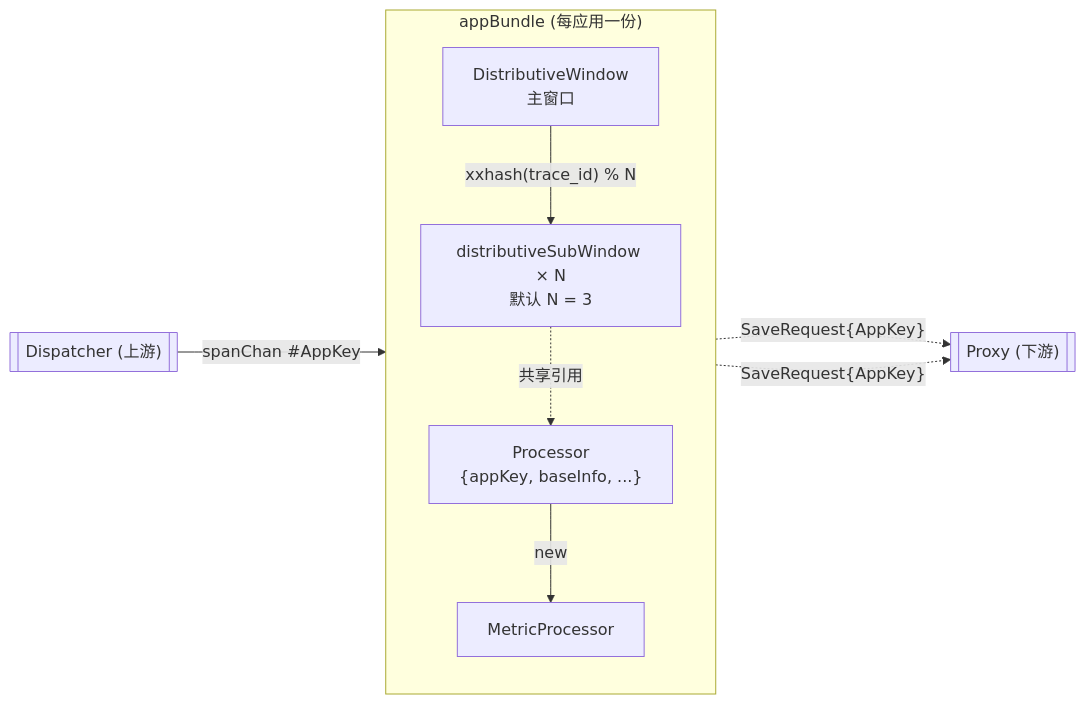
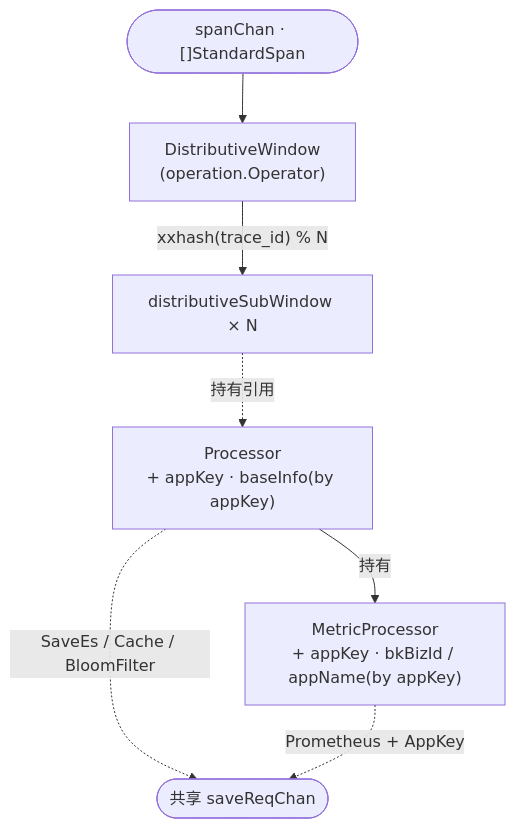
One commit to ZhuoZhuoCrayon/ai-workspace changed the fifth of 5 diagrams in knowledge/bkmonitor/issues/2026-05-14-apm-precalc-shared-multi-app/PLAN.md. Above: the diagram before and after it, drawn with Mermaid. The commit also changed other lines of this file, not shown here.

````diff
--- a/knowledge/bkmonitor/issues/2026-05-14-apm-precalc-shared-multi-app/PLAN.md
+++ b/knowledge/bkmonitor/issues/2026-05-14-apm-precalc-shared-multi-app/PLAN.md
@@ -221,21 +335,16 @@
 ```mermaid
-flowchart LR
-    DSP[["Dispatcher (上游)"]]
-    PX[["Proxy (下游)"]]
+flowchart TB
+    spanChan(["spanChan · []StandardSpan"])
+    DW["DistributiveWindow<br/>(operation.Operator)"]
+    SW["distributiveSubWindow × N"]
+    Proc["Processor<br/>+ appKey · baseInfo(by appKey)"]
+    MP["MetricProcessor<br/>+ appKey · bkBizId / appName(by appKey)"]
+    SR(["共享 saveReqChan"])
 
-    subgraph BD["appBundle (每应用一份)"]
-        direction TB
-        DW["DistributiveWindow<br/>主窗口"]
-        SW["distributiveSubWindow × N<br/>默认 N = 3"]
-        Proc["Processor<br/>{appKey, baseInfo, ...}"]
-        MP["MetricProcessor"]
-
-        DW -->|"xxhash(trace_id) % N"| SW
-        SW -.共享引用.-> Proc
-        Proc -->|"new"| MP
-    end
-
-    DSP -->|"spanChan #AppKey"| DW
-    Proc -.SaveRequest{AppKey}.-> PX
-    MP -.SaveRequest{AppKey}.-> PX
+    spanChan --> DW
+    DW -->|"xxhash(trace_id) % N"| SW
+    SW -.持有引用.-> Proc
+    Proc -->|"持有"| MP
+    Proc -.SaveEs / Cache / BloomFilter.-> SR
+    MP -.Prometheus + AppKey.-> SR
 ```
````
